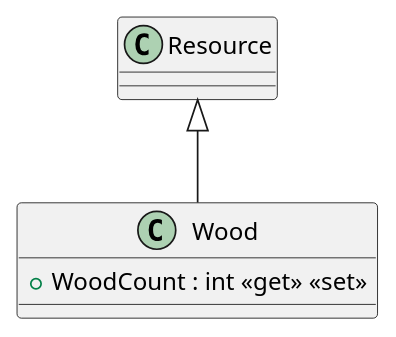
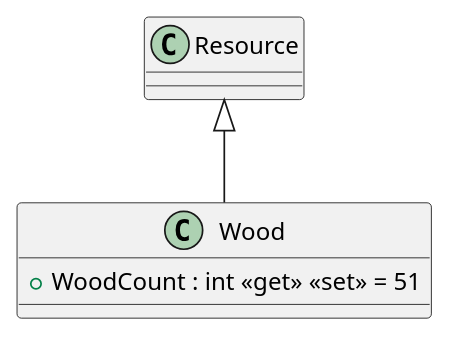
The diagram in UmlSchemas/Models/Resources/Wood.puml (kollibroman/ColonySimulator), drawn with PlantUML before and after one commit. The commit also changed 20 other files, not shown here.

Commit message:
Change object schema and add startup class

```diff
--- a/UmlSchemas/Models/Resources/Wood.puml
+++ b/UmlSchemas/Models/Resources/Wood.puml
@@ -1,6 +1,6 @@
 @startuml
 class Wood {
-    + WoodCount : int <<get>> <<set>>
+    + WoodCount : int <<get>> <<set>> = 51
 }
 Resource <|-- Wood
 @enduml
```
